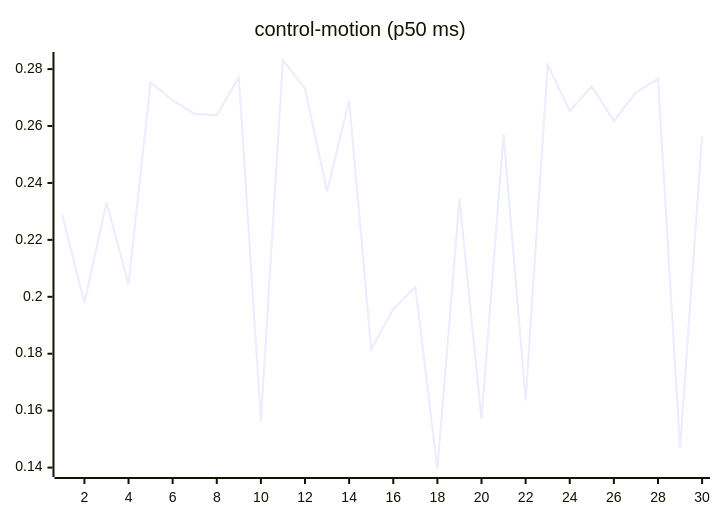
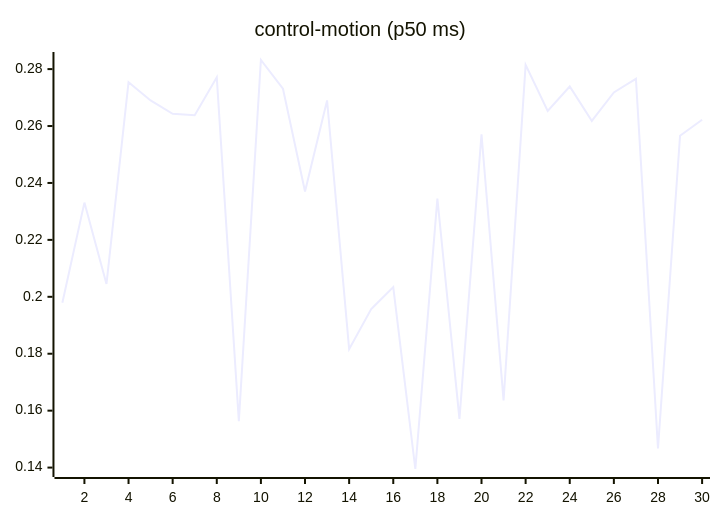
One commit to josha/Facet changed the seventh of 27 diagrams in README.md. Above: the diagram before and after it, drawn with Mermaid. The commit also changed other lines of this file and 2 other files, not shown here.

````diff
--- a/README.md
+++ b/README.md
@@ -105,6 +105,6 @@
 ```mermaid
 xychart-beta
     title "control-motion (p50 ms)"
     x-axis 1 --> 30
-    line [0.2287, 0.1979, 0.2331, 0.2045, 0.2754, 0.2690, 0.2643, 0.2638, 0.2771, 0.1563, 0.2832, 0.2731, 0.2370, 0.2690, 0.1816, 0.1957, 0.2034, 0.1395, 0.2345, 0.1571, 0.2571, 0.1636, 0.2815, 0.2653, 0.2739, 0.2618, 0.2718, 0.2766, 0.1467, 0.2566]
+    line [0.1979, 0.2331, 0.2045, 0.2754, 0.2690, 0.2643, 0.2638, 0.2771, 0.1563, 0.2832, 0.2731, 0.2370, 0.2690, 0.1816, 0.1957, 0.2034, 0.1395, 0.2345, 0.1571, 0.2571, 0.1636, 0.2815, 0.2653, 0.2739, 0.2618, 0.2718, 0.2766, 0.1467, 0.2566, 0.2622]
 ```
````
